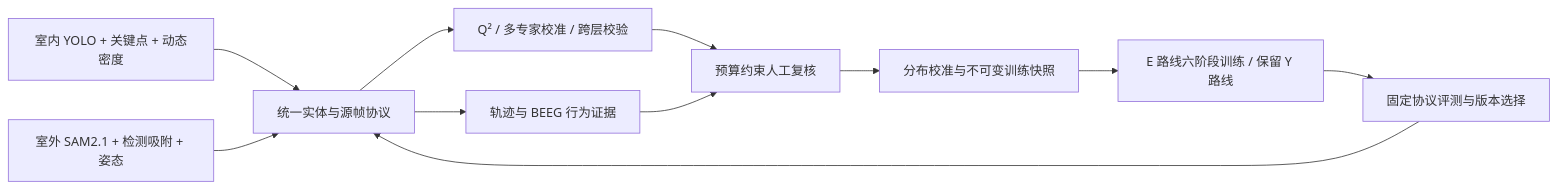
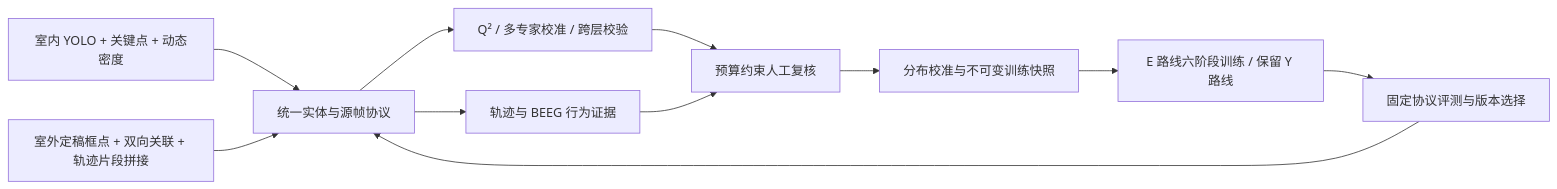
One commit to CyberMagician01/label_data_flywheel changed the diagram in README.md. Above: the diagram before and after it, drawn with Mermaid. The commit also changed other lines of this file and 57 other files, not shown here.

````diff
--- a/README.md
+++ b/README.md
@@ -9,13 +9,13 @@
 ```mermaid
 flowchart LR
   A[室内 YOLO + 关键点 + 动态密度] --> C[统一实体与源帧协议]
-  B[室外 SAM2.1 + 检测吸附 + 姿态] --> C
+  B[室外定稿框点 + 双向关联 + 轨迹片段拼接] --> C
   C --> D[Q² / 多专家校准 / 跨层校验]
   C --> E[轨迹与 BEEG 行为证据]
   D --> F[预算约束人工复核]
   E --> F
   F --> G[分布校准与不可变训练快照]
   G --> H[E 路线六阶段训练 / 保留 Y 路线]
   H --> I[固定协议评测与版本选择]
   I --> C
 ```
````
